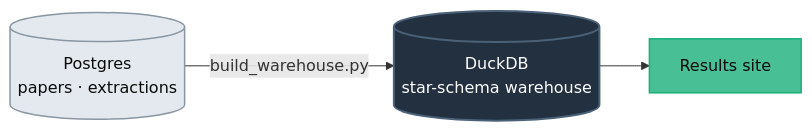
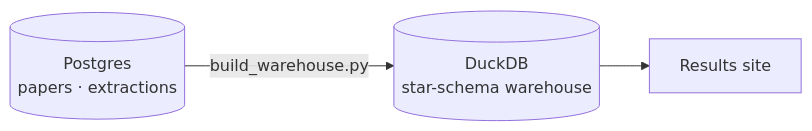
The first of 2 diagrams in README.md (kevinqnb/coastal-crawler), drawn with Mermaid before and after one commit. The commit also changed other lines of this file, not shown here.

First line of the commit message:
Simplify README Data model Mermaid diagrams

````diff
--- a/README.md
+++ b/README.md
@@ -178,13 +178,5 @@
 ```mermaid
 graph LR
-    PG[("Postgres<br/>papers · extractions")] -- "build_warehouse.py" --> DW[("DuckDB<br/>star-schema warehouse")]
+    PG[("Postgres<br/>papers · extractions")] -->|build_warehouse.py| DW[("DuckDB<br/>star-schema warehouse")]
     DW --> SITE["Results site"]
-
-    classDef pg   fill:#E4E9EF,stroke:#8a96a3,color:#0b0b0b,stroke-width:1.5px
-    classDef hub  fill:#22303F,stroke:#4a6178,color:#ffffff,stroke-width:2px
-    classDef site fill:#49BF95,stroke:#1baf7a,color:#0b0b0b,stroke-width:1.5px
-
-    class PG pg
-    class DW hub
-    class SITE site
 ```
````
